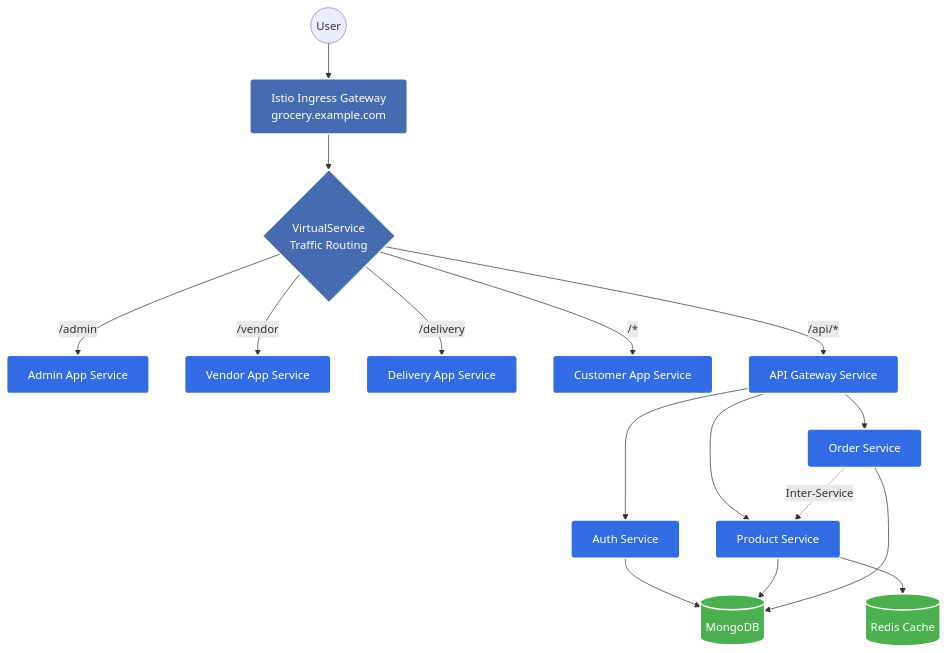
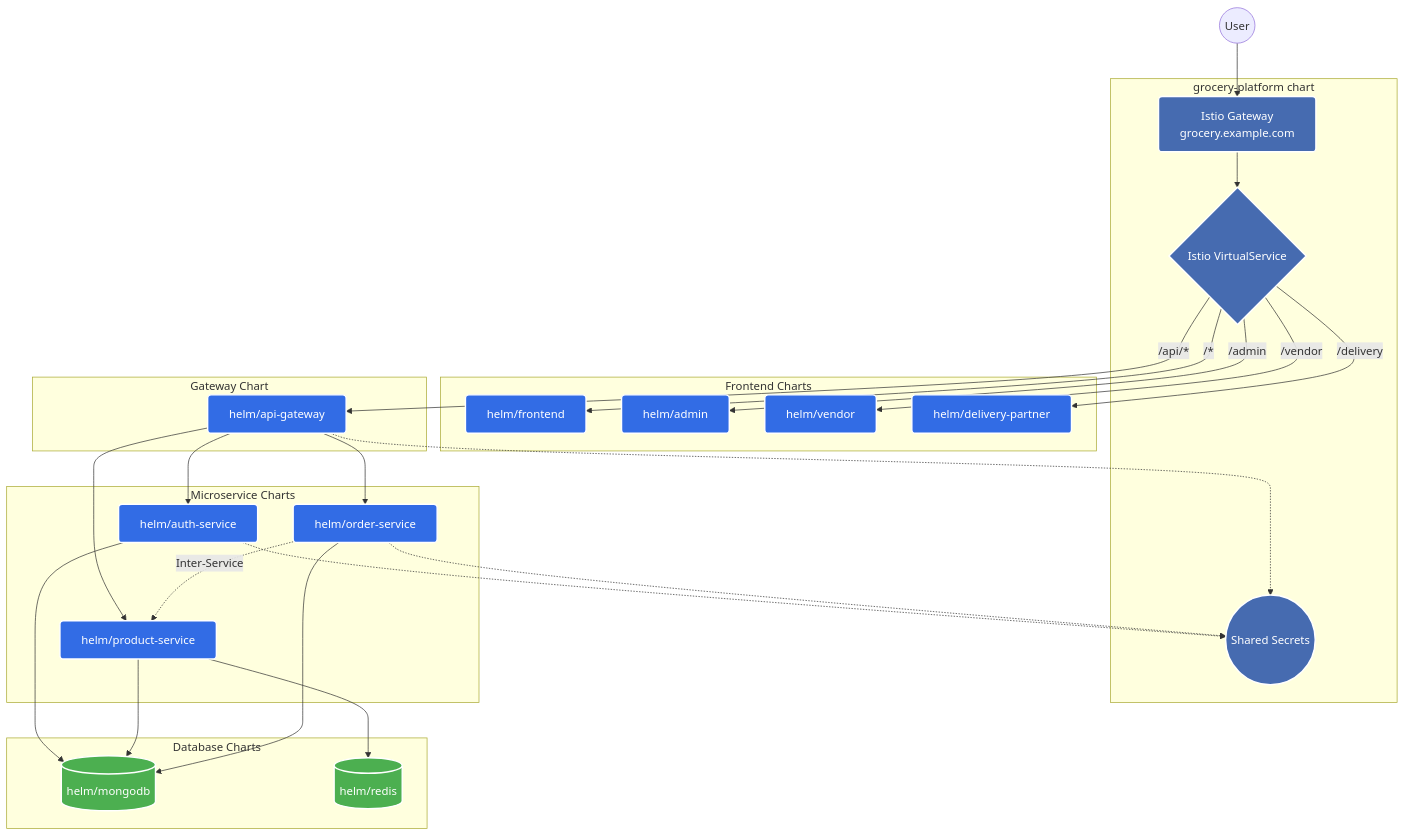
One commit to biswajit134/Grocery-app changed the second of 2 diagrams in README.md. Above: the diagram before and after it, drawn with Mermaid. The commit also changed 126 other files, not shown here.

````diff
--- a/README.md
+++ b/README.md
@@ -124,38 +124,66 @@
 ```mermaid
 graph TD
+    subgraph Platform [grocery-platform chart]
+        Ingress[Istio Gateway<br>grocery.example.com]
+        VS{Istio VirtualService}
+        Secrets((Shared Secrets))
+        Ingress --> VS
+    end
+
+    subgraph Frontends [Frontend Charts]
+        Frontend[helm/frontend]
+        Admin[helm/admin]
+        Vendor[helm/vendor]
+        Delivery[helm/delivery-partner]
+    end
+
+    subgraph API [Gateway Chart]
+        API_GW[helm/api-gateway]
+    end
+
+    subgraph Backends [Microservice Charts]
+        Auth[helm/auth-service]
+        Product[helm/product-service]
+        Order[helm/order-service]
+    end
+
+    subgraph Data [Database Charts]
+        Mongo[(helm/mongodb)]
+        Redis[(helm/redis)]
+    end
+
     %% External Traffic
-    User((User)) --> Ingress[Istio Ingress Gateway<br>grocery.example.com]
-    
-    %% VirtualService Routing
-    Ingress --> VS{VirtualService<br>Traffic Routing}
-    
-    %% Frontend Routes
-    VS -->|/admin| Admin[Admin App Service]
-    VS -->|/vendor| Vendor[Vendor App Service]
-    VS -->|/delivery| Delivery[Delivery App Service]
-    VS -->|/*| Frontend[Customer App Service]
-    
-    %% API Routes
-    VS -->|/api/*| API_GW[API Gateway Service]
-    
-    %% Backend Services
-    API_GW --> Auth[Auth Service]
-    API_GW --> Product[Product Service]
-    API_GW --> Order[Order Service]
-    
+    User((User)) --> Ingress
+
+    %% Routing
+    VS -->|/*| Frontend
+    VS -->|/admin| Admin
+    VS -->|/vendor| Vendor
+    VS -->|/delivery| Delivery
+    VS -->|/api/*| API_GW
+
+    %% Microservices
+    API_GW --> Auth
+    API_GW --> Product
+    API_GW --> Order
     Order -.->|Inter-Service| Product
-    
+
     %% Databases
-    Auth --> Mongo[(MongoDB)]
+    Auth --> Mongo
     Product --> Mongo
     Order --> Mongo
-    Product --> Redis[(Redis Cache)]
-    
-    classDef k8s fill:#326ce5,stroke:#fff,stroke-width:2px,color:#fff,rx:5px,ry:5px;
-    classDef istio fill:#466bb0,stroke:#fff,stroke-width:2px,color:#fff,rx:5px,ry:5px;
+    Product --> Redis
+
+    %% Secrets mapping
+    Auth -.-> Secrets
+    API_GW -.-> Secrets
+    Order -.-> Secrets
+
+    classDef chart fill:#326ce5,stroke:#fff,stroke-width:2px,color:#fff,rx:5px,ry:5px;
+    classDef platform fill:#466bb0,stroke:#fff,stroke-width:2px,color:#fff,rx:5px,ry:5px;
     classDef db fill:#4caf50,stroke:#fff,stroke-width:2px,color:#fff,rx:5px,ry:5px;
-    
-    class Admin,Vendor,Delivery,Frontend,API_GW,Auth,Product,Order k8s;
-    class Ingress,VS istio;
+
+    class Frontend,Admin,Vendor,Delivery,API_GW,Auth,Product,Order chart;
+    class Ingress,VS,Secrets platform;
     class Mongo,Redis db;
 ```
````
